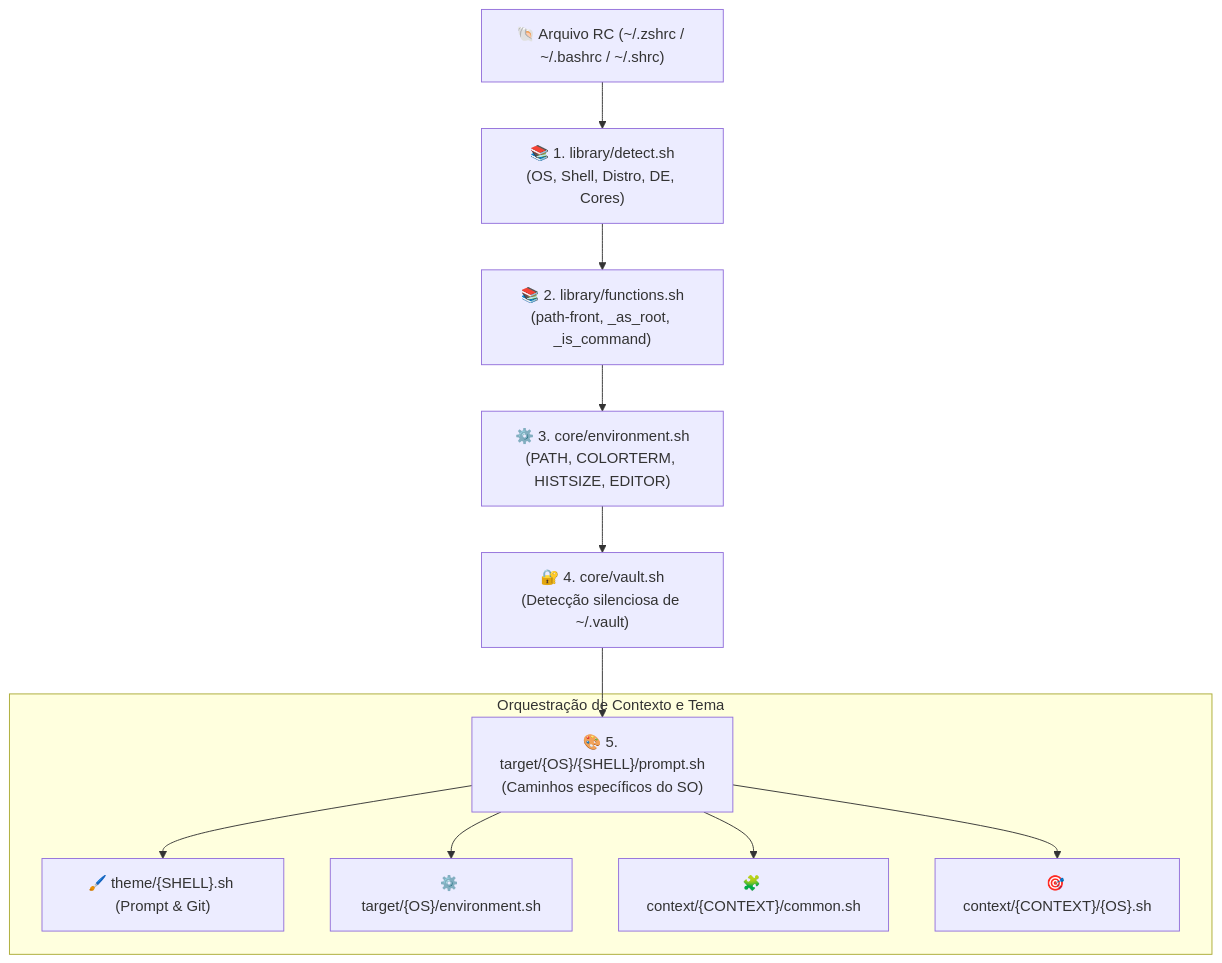
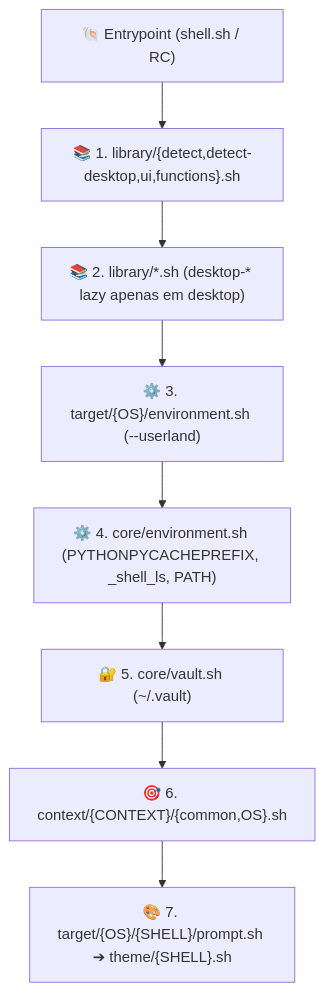
One commit to GabrielFrigo4/shell changed the first of 4 diagrams in docs/ARCHITECTURE.md. Above: the diagram before and after it, drawn with Mermaid. The commit also changed other lines of this file and 117 other files, not shown here.

````diff
--- a/docs/ARCHITECTURE.md
+++ b/docs/ARCHITECTURE.md
@@ -11,15 +11,10 @@
 ```mermaid
 flowchart TD
-    RC["🐚 Arquivo RC (~/.zshrc / ~/.bashrc / ~/.shrc)"] --> L_DETECT["📚 1. library/detect.sh<br/>(OS, Shell, Distro, DE, Cores)"]
-    L_DETECT --> L_FUNC["📚 2. library/functions.sh<br/>(path-front, _as_root, _is_command)"]
-    L_FUNC --> C_ENV["⚙️ 3. core/environment.sh<br/>(PATH, COLORTERM, HISTSIZE, EDITOR)"]
-    C_ENV --> C_VAULT["🔐 4. core/vault.sh<br/>(Detecção silenciosa de ~/.vault)"]
-    C_VAULT --> T_TARGET["🎨 5. target/{OS}/{SHELL}/prompt.sh<br/>(Caminhos específicos do SO)"]
-
-    subgraph SESS_SETUP ["Orquestração de Contexto e Tema"]
-        T_TARGET --> THM["🖌️ theme/{SHELL}.sh (Prompt & Git)"]
-        T_TARGET --> T_ENV["⚙️ target/{OS}/environment.sh"]
-        T_TARGET --> CTX_COM["🧩 context/{CONTEXT}/common.sh"]
-        T_TARGET --> CTX_OS["🎯 context/{CONTEXT}/{OS}.sh"]
-    end
+    RC["🐚 Entrypoint (shell.sh / RC)"] --> LIB_BASE["📚 1. library/{detect,detect-desktop,ui,functions}.sh"]
+    LIB_BASE --> LIB_EXTRA["📚 2. library/*.sh (desktop-* lazy apenas em desktop)"]
+    LIB_EXTRA --> T_ENV["⚙️ 3. target/{OS}/environment.sh (--userland)"]
+    T_ENV --> C_ENV["⚙️ 4. core/environment.sh (PYTHONPYCACHEPREFIX, _shell_ls, PATH)"]
+    C_ENV --> C_VAULT["🔐 5. core/vault.sh (~/.vault)"]
+    C_VAULT --> CTX["🎯 6. context/{CONTEXT}/{common,OS}.sh"]
+    CTX --> T_TARGET["🎨 7. target/{OS}/{SHELL}/prompt.sh ➔ theme/{SHELL}.sh"]
 ```
````
